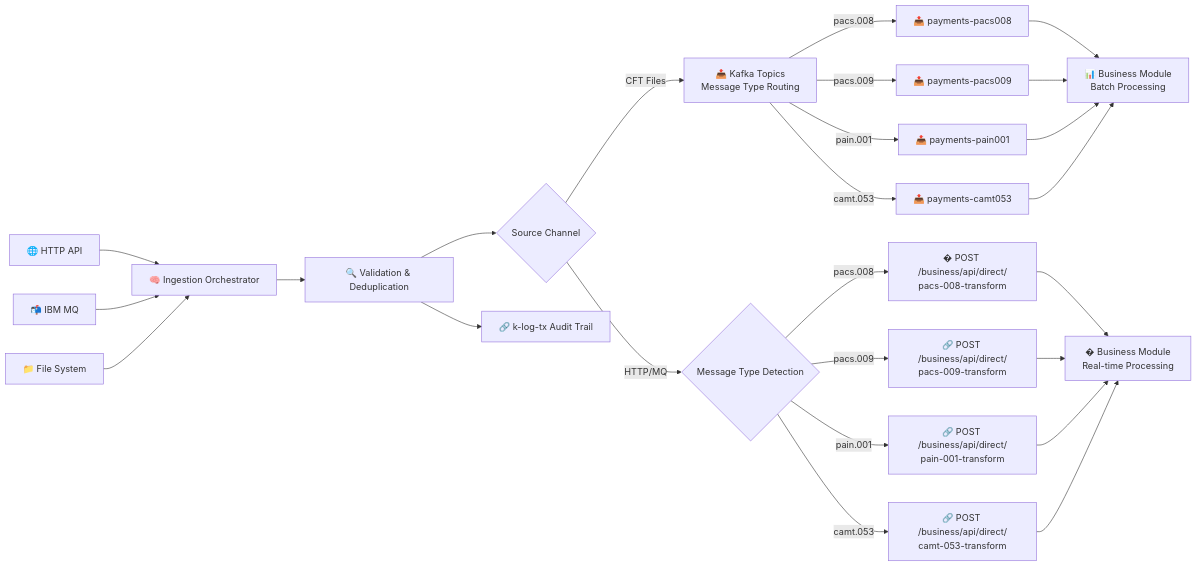
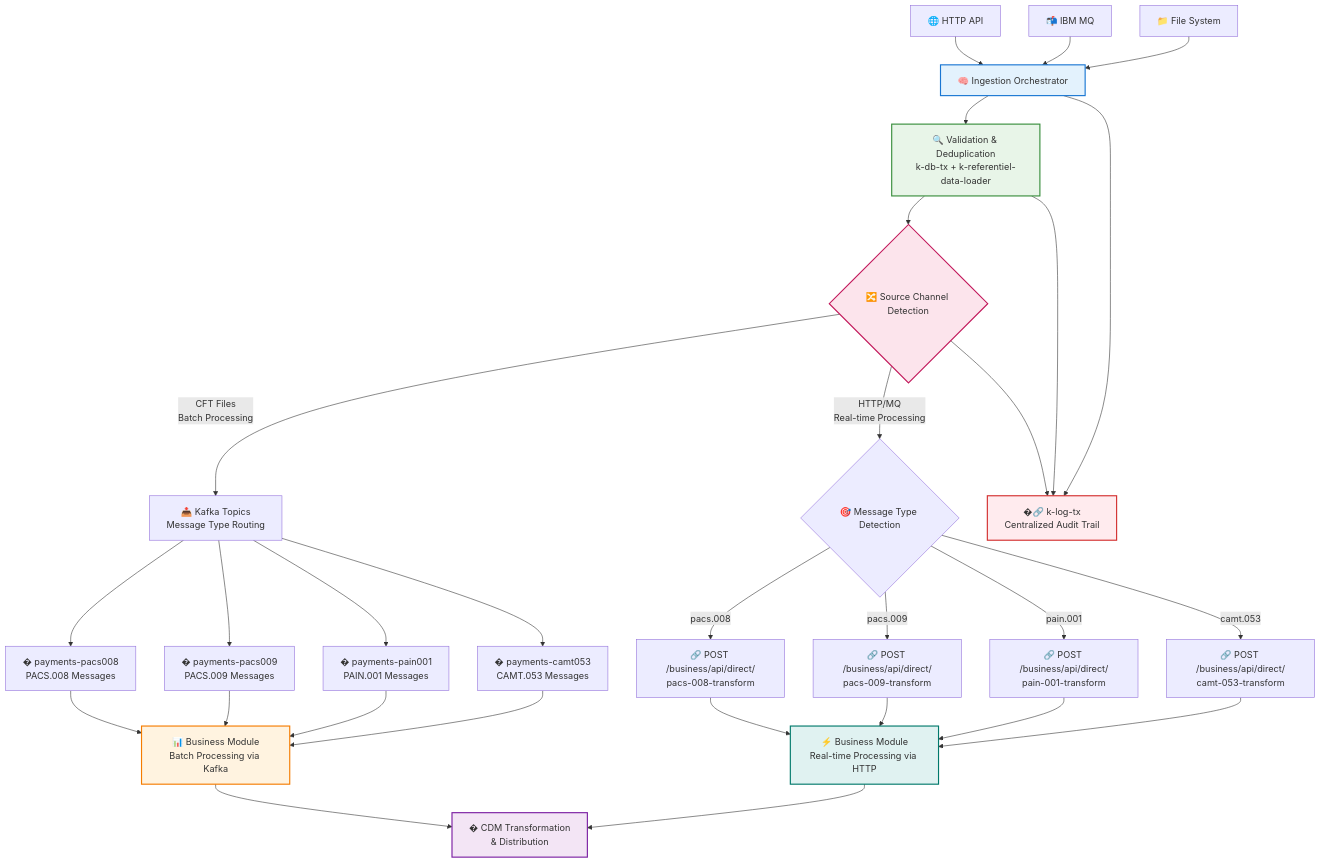
Before and after one commit to nasreddine1985/pixel-v2: the diagram in ingestion/README.md, drawn with Mermaid. The commit also changed 2 other files, not shown here.

Commit message:
(docs) (ingestion) update readme

````diff
--- a/ingestion/README.md
+++ b/ingestion/README.md
@@ -56,32 +56,53 @@
 ```mermaid
-flowchart LR
-    A[🌐 HTTP API] --> D[🧠 Ingestion Orchestrator]
-    B[📬 IBM MQ] --> D
-    C[📁 File System] --> D
-    D --> E[🔍 Validation & Deduplication]
-    E --> F{Source Channel}
-    F -->|CFT Files| G[📤 Kafka Topics<br/>Message Type Routing]
-    F -->|HTTP/MQ| H{Message Type Detection}
+flowchart TB
+    A[🌐 HTTP API]
+    B[📬 IBM MQ]
+    C[📁 File System]
 
-    G -->|pacs.008| G1[📤 payments-pacs008]
-    G -->|pacs.009| G2[📤 payments-pacs009]
-    G -->|pain.001| G3[📤 payments-pain001]
-    G -->|camt.053| G4[📤 payments-camt053]
+    A --> D[🧠 Ingestion Orchestrator]
+    B --> D
+    C --> D
 
-    H -->|pacs.008| I1[� POST /business/api/direct/<br/>pacs-008-transform]
+    D --> E[🔍 Validation & Deduplication<br/>k-db-tx + k-referentiel-data-loader]
+
+    E --> F{🔀 Source Channel Detection}
+
+    F -->|CFT Files<br/>Batch Processing| G[📤 Kafka Topics<br/>Message Type Routing]
+    F -->|HTTP/MQ<br/>Real-time Processing| H{🎯 Message Type Detection}
+
+    G --> G1[� payments-pacs008<br/>PACS.008 Messages]
+    G --> G2[� payments-pacs009<br/>PACS.009 Messages]
+    G --> G3[� payments-pain001<br/>PAIN.001 Messages]
+    G --> G4[� payments-camt053<br/>CAMT.053 Messages]
+
+    H -->|pacs.008| I1[🔗 POST /business/api/direct/<br/>pacs-008-transform]
     H -->|pacs.009| I2[🔗 POST /business/api/direct/<br/>pacs-009-transform]
     H -->|pain.001| I3[🔗 POST /business/api/direct/<br/>pain-001-transform]
     H -->|camt.053| I4[🔗 POST /business/api/direct/<br/>camt-053-transform]
 
-    G1 --> J[📊 Business Module<br/>Batch Processing]
+    G1 --> J[📊 Business Module<br/>Batch Processing via Kafka]
     G2 --> J
     G3 --> J
     G4 --> J
 
-    I1 --> K[� Business Module<br/>Real-time Processing]
+    I1 --> K[⚡ Business Module<br/>Real-time Processing via HTTP]
     I2 --> K
     I3 --> K
     I4 --> K
 
-    E --> L[🔗 k-log-tx Audit Trail]
+    J --> L[� CDM Transformation<br/>& Distribution]
+    K --> L
+
+    E --> M[�🔗 k-log-tx<br/>Centralized Audit Trail]
+    D --> M
+    F --> M
+
+    %% Styling
+    style D fill:#e3f2fd,stroke:#1976d2,stroke-width:2px
+    style E fill:#e8f5e8,stroke:#388e3c,stroke-width:2px
+    style F fill:#fce4ec,stroke:#c2185b,stroke-width:2px
+    style J fill:#fff3e0,stroke:#f57c00,stroke-width:2px
+    style K fill:#e0f2f1,stroke:#00796b,stroke-width:2px
+    style L fill:#f3e5f5,stroke:#7b1fa2,stroke-width:2px
+    style M fill:#ffebee,stroke:#d32f2f,stroke-width:2px
 ```
````
